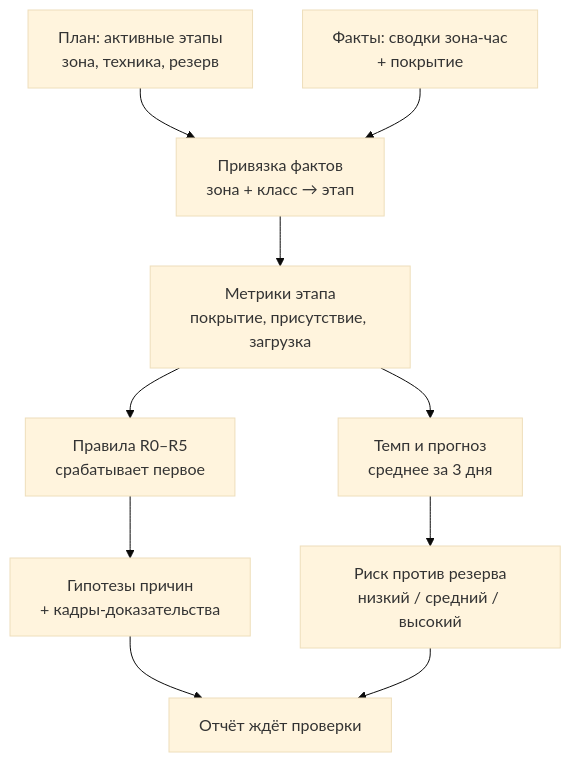
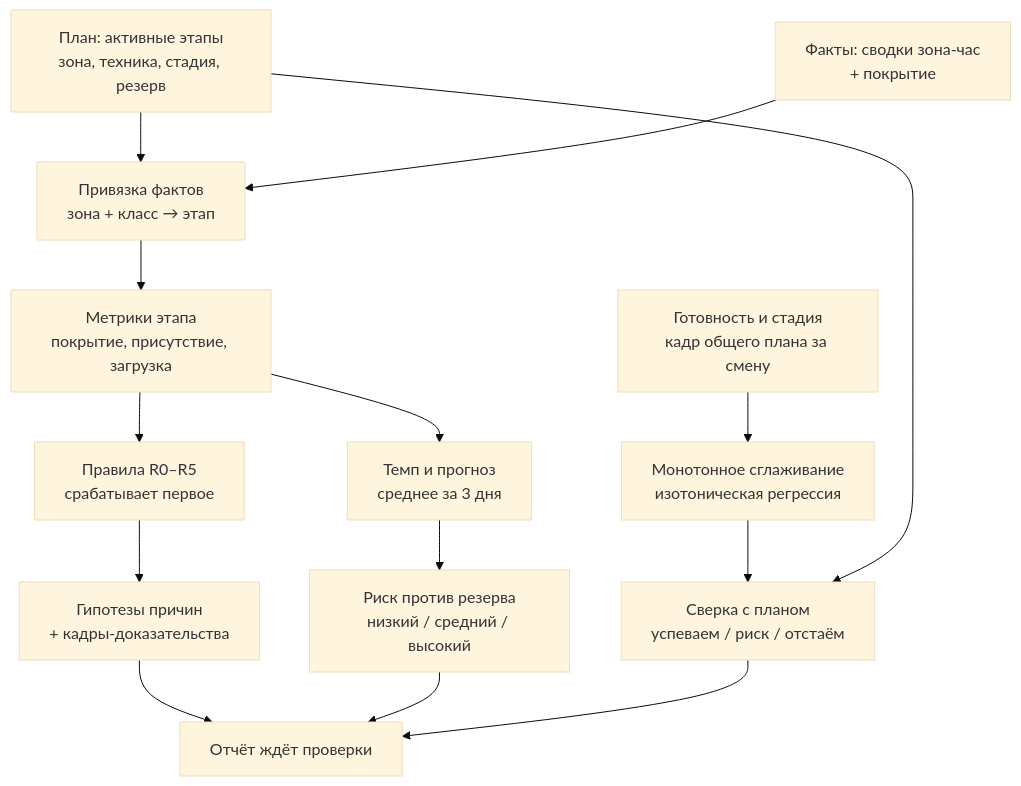
One commit to Antonoof/Intelligent-construction-site-monitoring-system changed the third of 3 diagrams in backend/readme.md. Above: the diagram before and after it, drawn with Mermaid (base theme). The commit also changed other lines of this file and 4 other files, not shown here.

````diff
--- a/backend/readme.md
+++ b/backend/readme.md
@@ -131,12 +137,16 @@
 ```mermaid
 flowchart TD
-    P["План: активные этапы<br/>зона, техника, резерв"] --> AT["Привязка фактов<br/>зона + класс → этап"]
+    P["План: активные этапы<br/>зона, техника, стадия, резерв"] --> AT["Привязка фактов<br/>зона + класс → этап"]
     F["Факты: сводки зона-час<br/>+ покрытие"] --> AT
     AT --> M["Метрики этапа<br/>покрытие, присутствие, загрузка"]
     M --> R["Правила R0–R5<br/>срабатывает первое"]
     M --> PC["Темп и прогноз<br/>среднее за 3 дня"]
     R --> H["Гипотезы причин<br/>+ кадры-доказательства"]
     PC --> RK["Риск против резерва<br/>низкий / средний / высокий"]
+    G["Готовность и стадия<br/>кадр общего плана за смену"] --> IS["Монотонное сглаживание<br/>изотоническая регрессия"]
+    IS --> RD["Сверка с планом<br/>успеваем / риск / отстаём"]
+    P --> RD
     H --> REP["Отчёт ждёт проверки"]
     RK --> REP
+    RD --> REP
 ```
````
